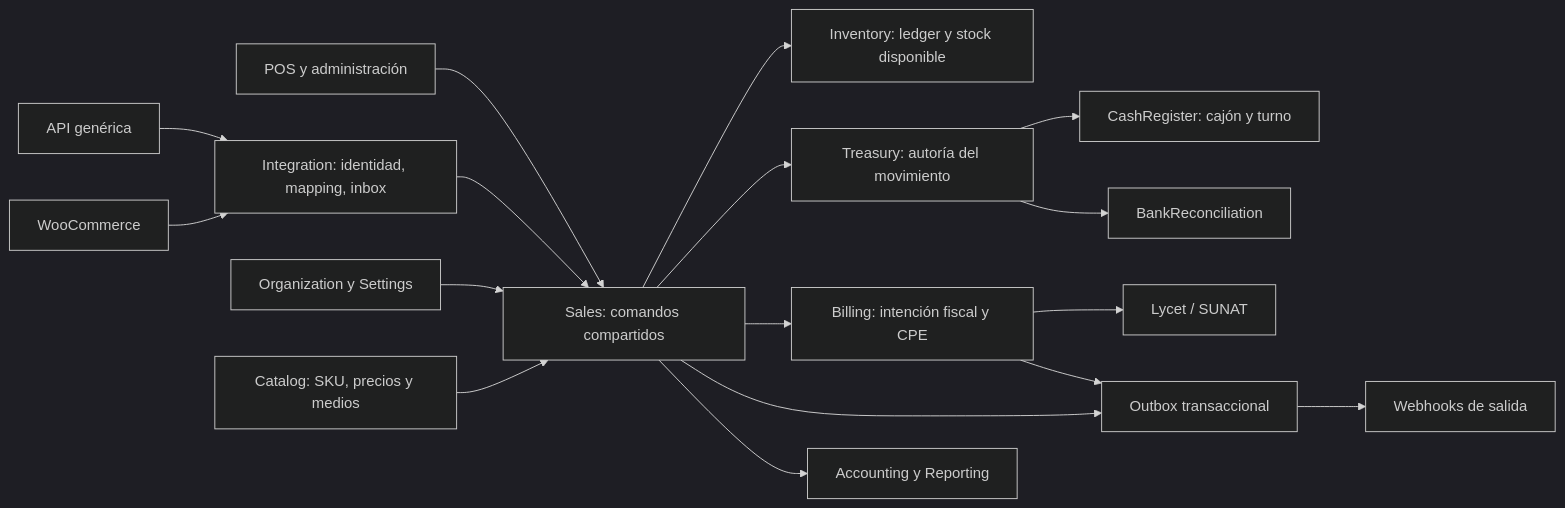
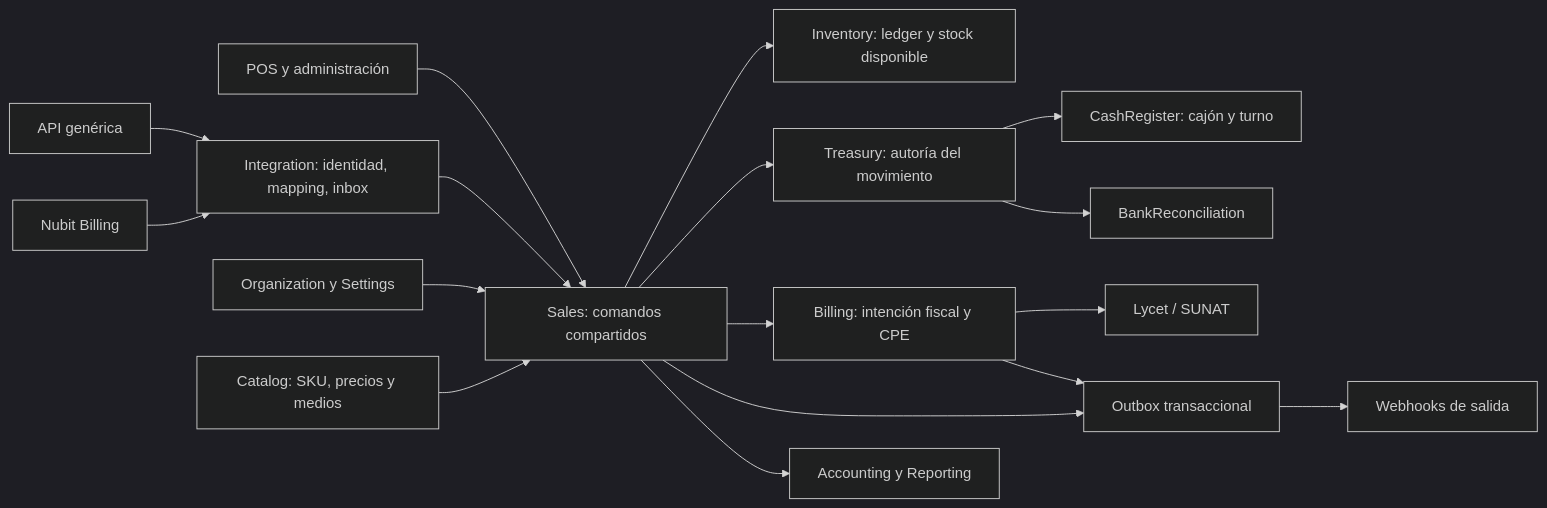
The second of 5 diagrams in docs/architecture/omnichannel-sales-plan.md (nubitio/nubit-erp), drawn with Mermaid (dark theme) before and after one commit. The commit also changed other lines of this file and 10 other files, not shown here.

````diff
--- a/docs/architecture/omnichannel-sales-plan.md
+++ b/docs/architecture/omnichannel-sales-plan.md
@@ -140,18 +140,18 @@
 ```mermaid
 flowchart LR
   POS[POS y administración] --> S[Sales: comandos compartidos]
   API[API genérica] --> I[Integration: identidad, mapping, inbox]
-  W[WooCommerce] --> I --> S
+  W[Nubit Billing] --> I --> S
   O[Organization y Settings] --> S
   C[Catalog: SKU, precios y medios] --> S
   S --> L[Inventory: ledger y stock disponible]
   S --> T[Treasury: autoría del movimiento]
   T --> D[CashRegister: cajón y turno]
   T --> R[BankReconciliation]
   S --> B[Billing: intención fiscal y CPE]
   B --> X[Lycet / SUNAT]
   S --> E[Outbox transaccional]
   B --> E
   E --> H[Webhooks de salida]
   S --> A[Accounting y Reporting]
 ```
````
